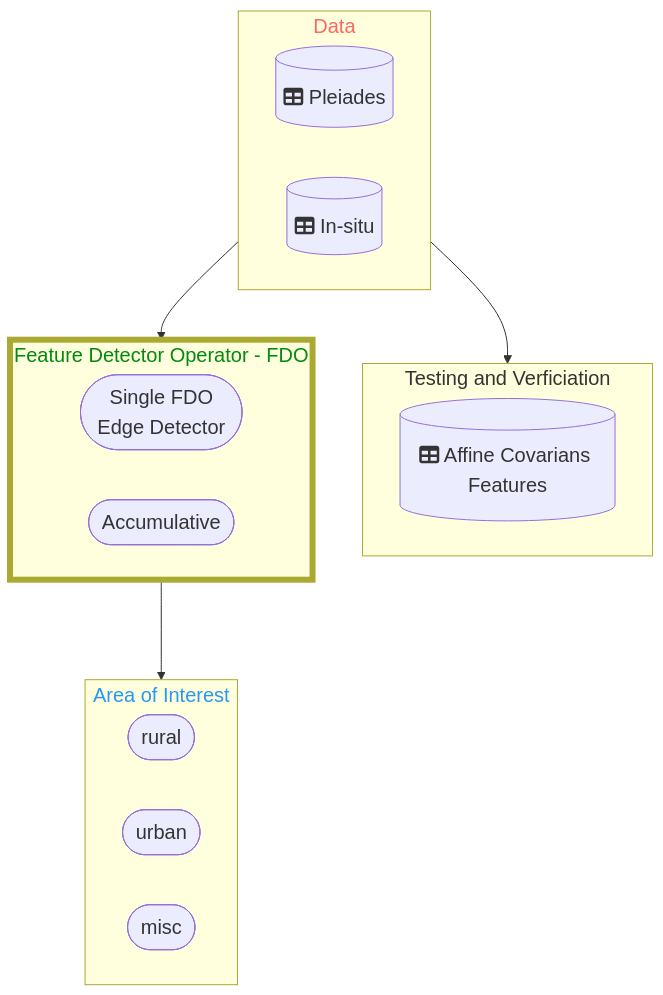
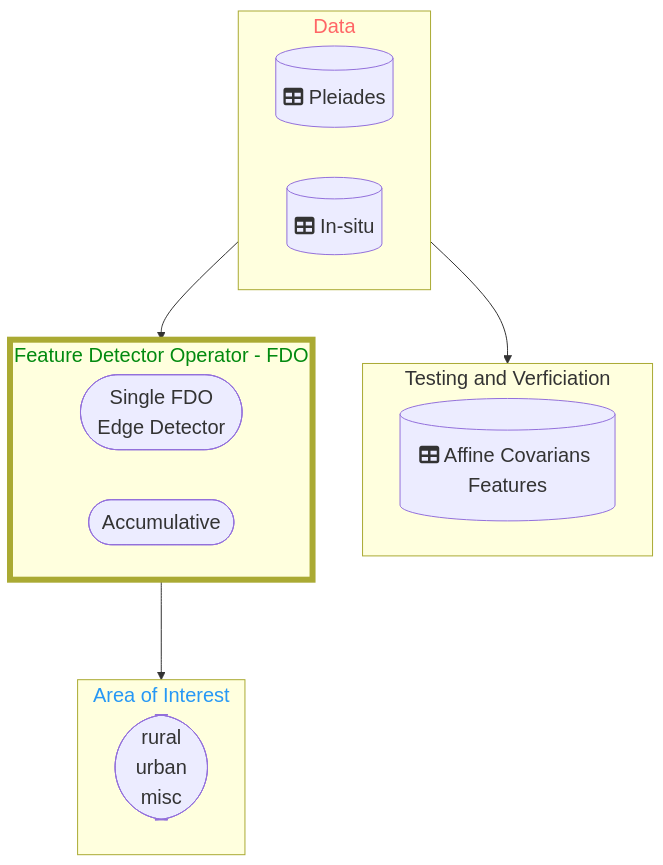
The diagram in Application/README.md (DippoldEJ/Feature-Detection-and-Explanation), drawn with Mermaid before and after one commit.

````diff
--- a/Application/README.md
+++ b/Application/README.md
@@ -13,40 +13,38 @@
 ```mermaid
 flowchart TD;
 %%{init: {
 	'themeVariables': { 'fontSize': '20px', 'fontFamily': 'Didot'}
 	}
 }%%
 
  subgraph n[Data]
         direction LR
         h[(fa:fa-table Pleiades)]
 		s[(fa:fa-table In-situ)]
     end
 
  subgraph q[Testing and Verficiation]
         direction LR
         r[(fa:fa-table Affine Covarians Features)]
     end
 
  subgraph o[Feature Detector Operator - FDO]
         direction LR
         j([Single FDO <br /> Edge Detector])
         m([Accumulative])
     end
 
 subgraph p[Area of Interest]
-    a([rural])
-    b([urban])
-    c([misc])
+    a([rural <br /> urban  <br />  misc])
     end
 
 style n color:#f66
 style o stroke-width:6px
 style o color:#028A0F
 style p color:#2798F5
 
 n-->o
 o-->p
 n-->q
 
 ```
````
